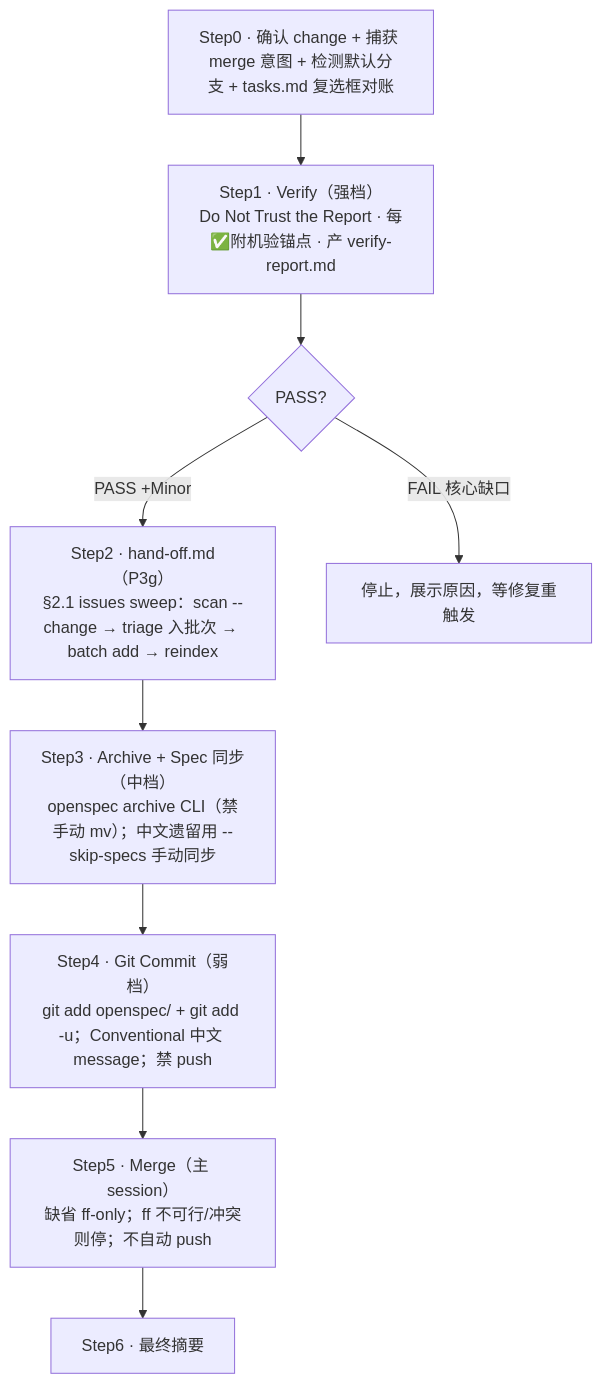
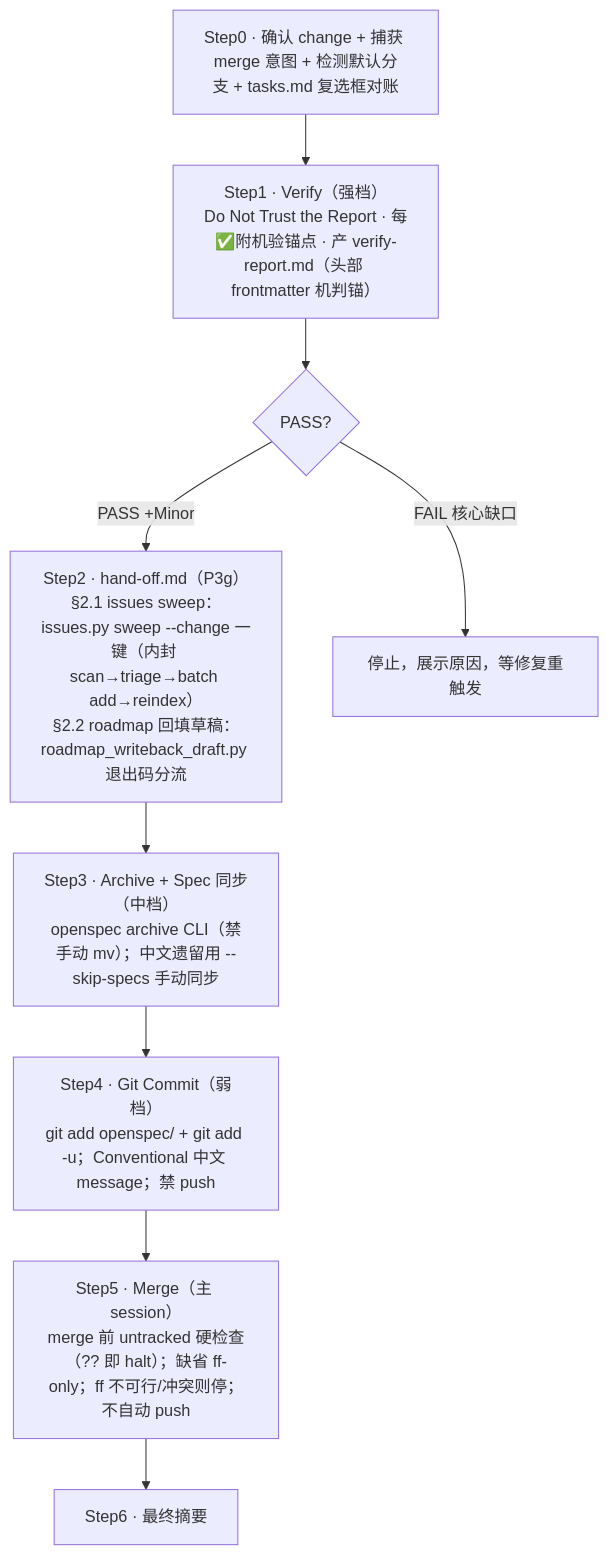
One commit to laodao-ai/sdflow-skills changed the first of 2 diagrams in docs/workflow-skills/sdflow-done.md. Above: the diagram before and after it, drawn with Mermaid. The commit also changed other lines of this file and 5 other files, not shown here.

````diff
--- a/docs/workflow-skills/sdflow-done.md
+++ b/docs/workflow-skills/sdflow-done.md
@@ -23,14 +23,14 @@
 ```mermaid
 flowchart TD
     S0["Step0 · 确认 change + 捕获 merge 意图 + 检测默认分支 + tasks.md 复选框对账"]
-    S1["Step1 · Verify（强档）<br/>Do Not Trust the Report · 每✅附机验锚点 · 产 verify-report.md"]
+    S1["Step1 · Verify（强档）<br/>Do Not Trust the Report · 每✅附机验锚点 · 产 verify-report.md（头部 frontmatter 机判锚）"]
     G1{"PASS?"}
-    S2["Step2 · hand-off.md（P3g）<br/>§2.1 issues sweep：scan --change → triage 入批次 → batch add → reindex"]
+    S2["Step2 · hand-off.md（P3g）<br/>§2.1 issues sweep：issues.py sweep --change 一键（内封 scan→triage→batch add→reindex）<br/>§2.2 roadmap 回填草稿：roadmap_writeback_draft.py 退出码分流"]
     S3["Step3 · Archive + Spec 同步（中档）<br/>openspec archive CLI（禁手动 mv）；中文遗留用 --skip-specs 手动同步"]
     S4["Step4 · Git Commit（弱档）<br/>git add openspec/ + git add -u；Conventional 中文 message；禁 push"]
-    S5["Step5 · Merge（主 session）<br/>缺省 ff-only；ff 不可行/冲突则停；不自动 push"]
+    S5["Step5 · Merge（主 session）<br/>merge 前 untracked 硬检查（?? 即 halt）；缺省 ff-only；ff 不可行/冲突则停；不自动 push"]
     S6["Step6 · 最终摘要"]
     S0 --> S1 --> G1
     G1 -->|PASS +Minor| S2 --> S3 --> S4 --> S5 --> S6
     G1 -->|FAIL 核心缺口| STOP["停止，展示原因，等修复重触发"]
 ```
````
